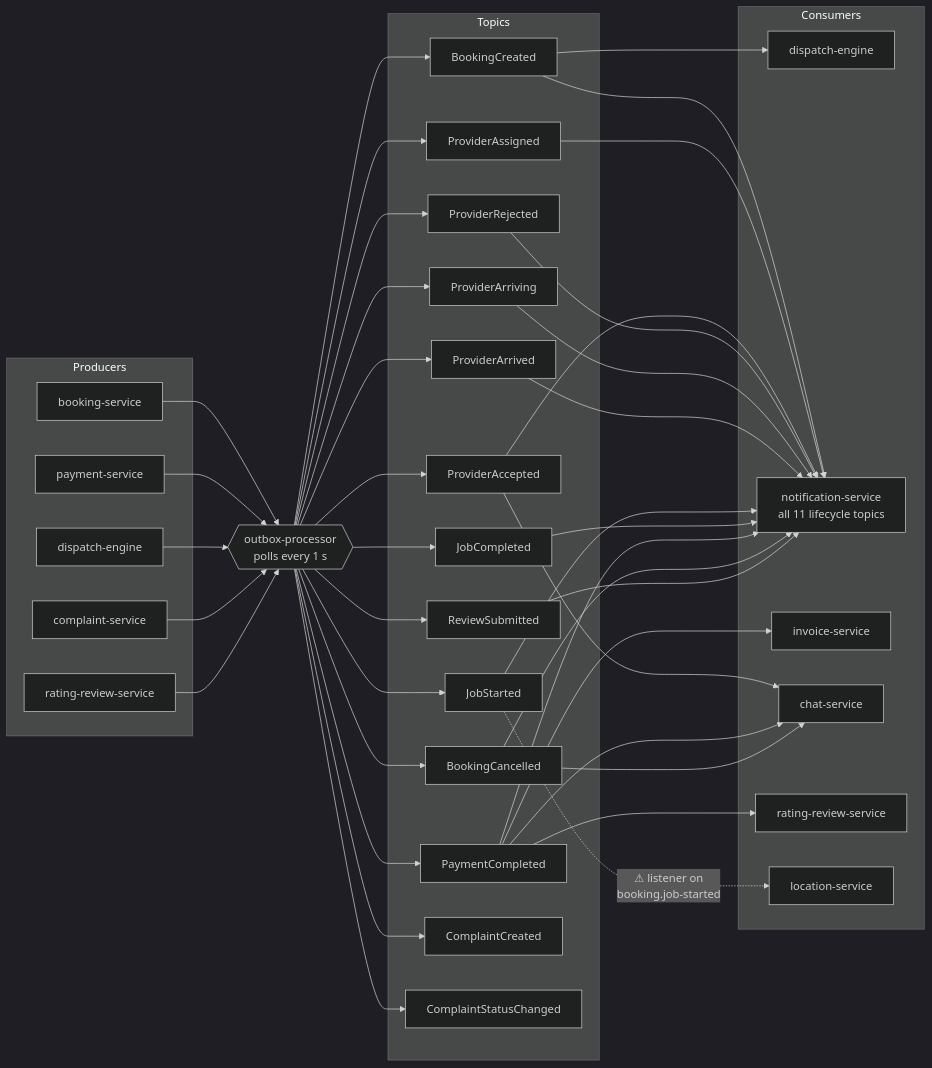
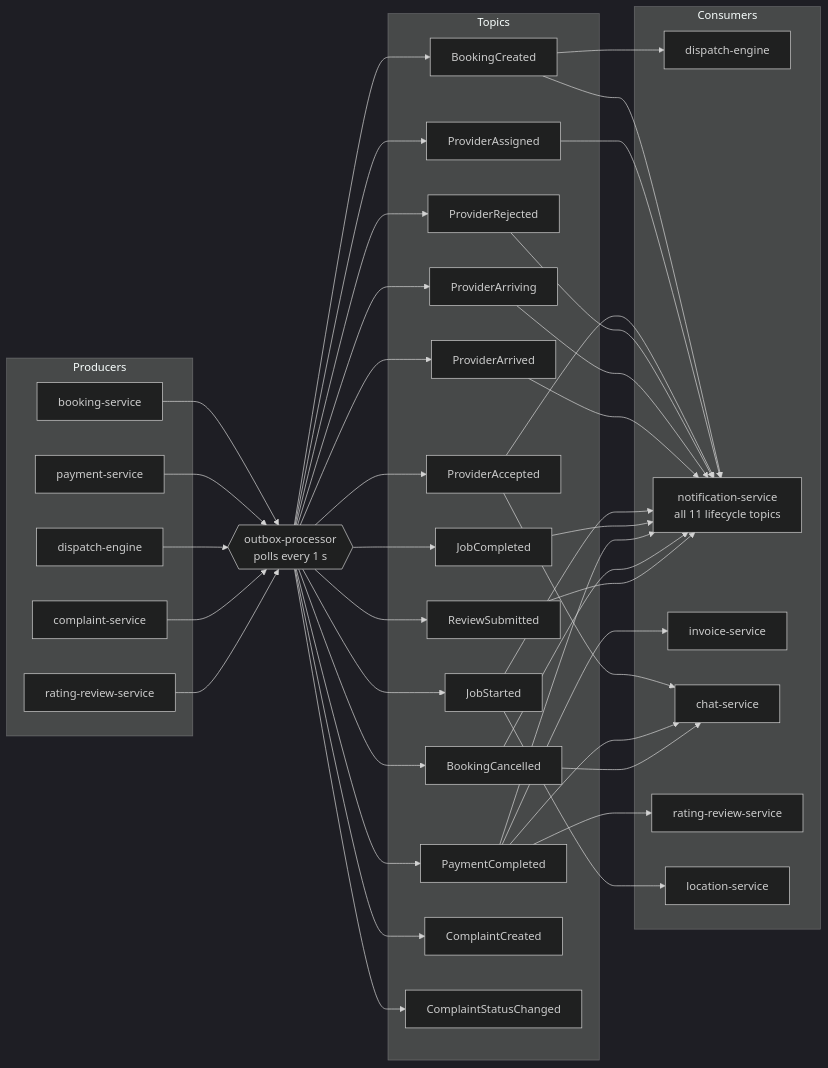
One commit to KripaGIT009/home-fix changed diagram 12 of 27 in docs/ARCHITECTURE.md. Above: the diagram before and after it, drawn with Mermaid (dark theme). The commit also changed other lines of this file and 300 other files, not shown here.

````diff
--- a/docs/ARCHITECTURE.md
+++ b/docs/ARCHITECTURE.md
@@ -514,55 +515,55 @@
 ```mermaid
 graph LR
     subgraph Producers
         BOOK["booking-service"]
         PAY["payment-service"]
         DISP["dispatch-engine"]
         CMPL["complaint-service"]
         RATE["rating-review-service"]
     end
 
     OUT{{"outbox-processor<br/>polls every 1 s"}}
 
     subgraph Topics
         T1["BookingCreated"]
         T2["ProviderAssigned"]
         T3["ProviderAccepted"]
         T4["ProviderRejected"]
         T5["ProviderArriving"]
         T6["ProviderArrived"]
         T7["JobStarted"]
         T8["JobCompleted"]
         T9["PaymentCompleted"]
         T10["BookingCancelled"]
         T11["ReviewSubmitted"]
         T12["ComplaintCreated"]
         T13["ComplaintStatusChanged"]
     end
 
     subgraph Consumers
         CDISP["dispatch-engine"]
         CNOTIF["notification-service<br/>all 11 lifecycle topics"]
         CINV["invoice-service"]
         CCHAT["chat-service"]
         CRATE["rating-review-service"]
         CLOC["location-service"]
     end
 
     BOOK --> OUT
     PAY --> OUT
     DISP --> OUT
     CMPL --> OUT
     RATE --> OUT
 
     OUT --> T1 & T2 & T3 & T4 & T5 & T6 & T7 & T8 & T9 & T10 & T11
     OUT --> T12 & T13
 
     T1 --> CDISP
     T3 --> CCHAT
     T9 --> CINV
     T9 --> CRATE
     T9 --> CCHAT
     T10 --> CCHAT
-    T7 -.->|"⚠ listener on<br/>booking.job-started"| CLOC
+    T7 --> CLOC
     T1 & T2 & T3 & T4 & T5 & T6 & T7 & T8 & T9 & T10 & T11 --> CNOTIF
 ```
````
